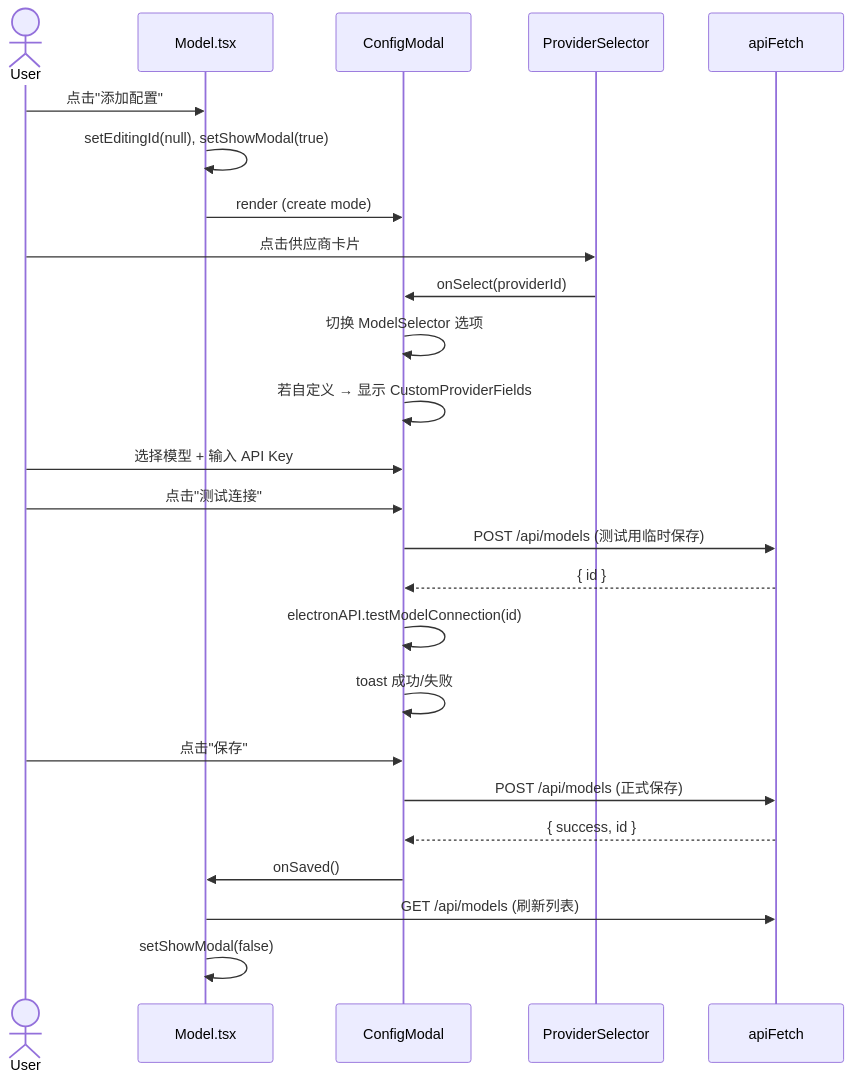
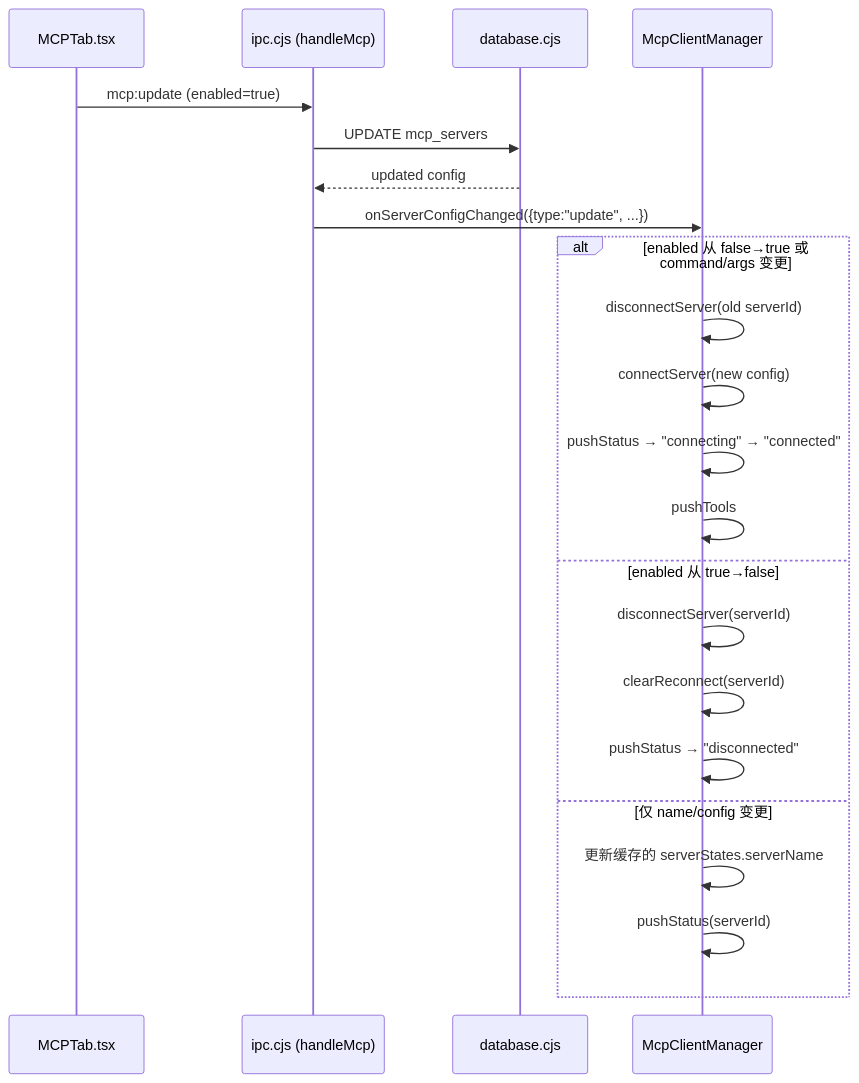
The third of 6 diagrams in docs/system_design.md (eafenzhang/workit), drawn with Mermaid before and after one commit. The commit also changed other lines of this file and 21 other files, not shown here.

````diff
--- a/docs/system_design.md
+++ b/docs/system_design.md
@@ -217,31 +218,26 @@
 ```mermaid
 sequenceDiagram
-    actor User
-    participant Page as Model.tsx
-    participant Modal as ConfigModal
-    participant Sel as ProviderSelector
-    participant API as apiFetch
+    participant UI as MCPTab.tsx
+    participant IPC as ipc.cjs (handleMcp)
+    participant DB as database.cjs
+    participant MCM as McpClientManager
 
-    User->>Page: 点击"添加配置"
-    Page->>Page: setEditingId(null), setShowModal(true)
-    Page->>Modal: render (create mode)
+    UI->>IPC: mcp:update (enabled=true)
+    IPC->>DB: UPDATE mcp_servers
+    DB-->>IPC: updated config
+    IPC->>MCM: onServerConfigChanged({type:"update", ...})
 
-    User->>Sel: 点击供应商卡片
-    Sel->>Modal: onSelect(providerId)
-    Modal->>Modal: 切换 ModelSelector 选项
-    Modal->>Modal: 若自定义 → 显示 CustomProviderFields
-
-    User->>Modal: 选择模型 + 输入 API Key
-    User->>Modal: 点击"测试连接"
-    Modal->>API: POST /api/models (测试用临时保存)
-    API-->>Modal: { id }
-    Modal->>Modal: electronAPI.testModelConnection(id)
-    Modal->>Modal: toast 成功/失败
-
-    User->>Modal: 点击"保存"
-    Modal->>API: POST /api/models (正式保存)
-    API-->>Modal: { success, id }
-    Modal->>Page: onSaved()
-    Page->>API: GET /api/models (刷新列表)
-    Page->>Page: setShowModal(false)
+    alt enabled 从 false→true 或 command/args 变更
+        MCM->>MCM: disconnectServer(old serverId)
+        MCM->>MCM: connectServer(new config)
+        MCM->>MCM: pushStatus → "connecting" → "connected"
+        MCM->>MCM: pushTools
+    else enabled 从 true→false
+        MCM->>MCM: disconnectServer(serverId)
+        MCM->>MCM: clearReconnect(serverId)
+        MCM->>MCM: pushStatus → "disconnected"
+    else 仅 name/config 变更
+        MCM->>MCM: 更新缓存的 serverStates.serverName
+        MCM->>MCM: pushStatus(serverId)
+    end
 ```
````
